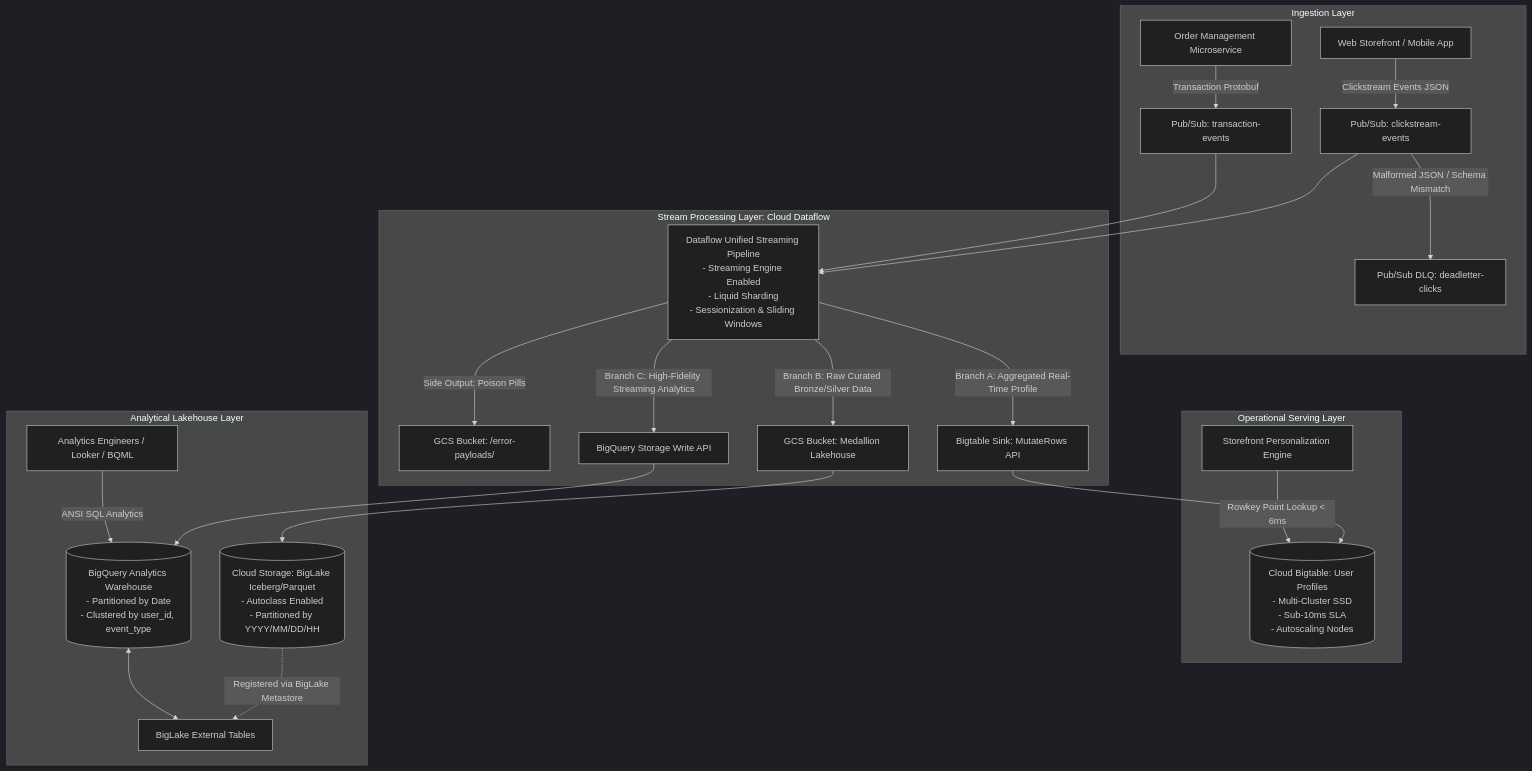
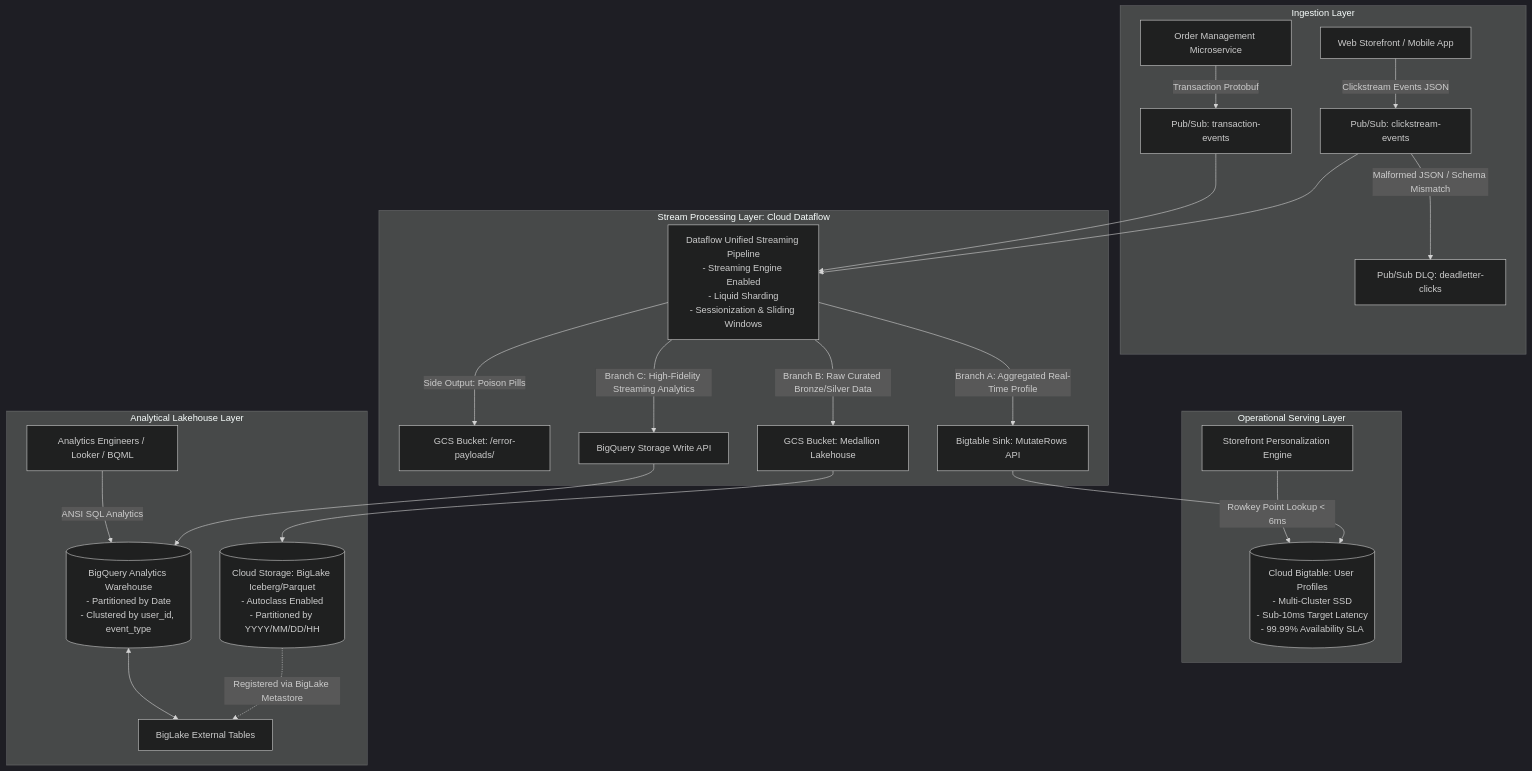
One commit to rohithvishaal/GCP_PDE_Notes changed the first of 3 diagrams in 06_phase5_case_studies/case_01_realtime_ecom_lakehouse.md. Above: the diagram before and after it, drawn with Mermaid (dark theme). The commit also changed other lines of this file and 15 other files, not shown here.

````diff
--- a/06_phase5_case_studies/case_01_realtime_ecom_lakehouse.md
+++ b/06_phase5_case_studies/case_01_realtime_ecom_lakehouse.md
@@ -12,33 +12,33 @@
 ```mermaid
 flowchart TD
     subgraph Ingestion Layer
         Web[Web Storefront / Mobile App] -->|Clickstream Events JSON| PS_Clicks[Pub/Sub: clickstream-events]
         Orders[Order Management Microservice] -->|Transaction Protobuf| PS_Orders[Pub/Sub: transaction-events]
         PS_Clicks -->|Malformed JSON / Schema Mismatch| DLQ_Clicks[Pub/Sub DLQ: deadletter-clicks]
     end
 
     subgraph Stream Processing Layer: Cloud Dataflow
         PS_Clicks --> Beam[Dataflow Unified Streaming Pipeline<br/>- Streaming Engine Enabled<br/>- Liquid Sharding<br/>- Sessionization & Sliding Windows]
         PS_Orders --> Beam
         
         Beam -->|Side Output: Poison Pills| GCS_Error[GCS Bucket: /error-payloads/]
         Beam -->|Branch A: Aggregated Real-Time Profile| BT_Sink[Bigtable Sink: MutateRows API]
         Beam -->|Branch B: Raw Curated Bronze/Silver Data| GCS_Sink[GCS Bucket: Medallion Lakehouse]
         Beam -->|Branch C: High-Fidelity Streaming Analytics| BQ_Sink[BigQuery Storage Write API]
     end
 
     subgraph Operational Serving Layer
-        BT_Sink --> Bigtable[(Cloud Bigtable: User Profiles<br/>- Multi-Cluster SSD<br/>- Sub-10ms SLA<br/>- Autoscaling Nodes)]
+        BT_Sink --> Bigtable[(Cloud Bigtable: User Profiles<br/>- Multi-Cluster SSD<br/>- Sub-10ms Target Latency<br/>- 99.99% Availability SLA)]
         FrontEndAPI[Storefront Personalization Engine] -->|Rowkey Point Lookup < 6ms| Bigtable
     end
 
     subgraph Analytical Lakehouse Layer
         GCS_Sink --> GCS_Storage[(Cloud Storage: BigLake Iceberg/Parquet<br/>- Autoclass Enabled<br/>- Partitioned by YYYY/MM/DD/HH)]
         BQ_Sink --> BQ_Warehouse[(BigQuery Analytics Warehouse<br/>- Partitioned by Date<br/>- Clustered by user_id, event_type)]
         
         GCS_Storage -.Registered via BigLake Metastore.-> BQ_BigLake[BigLake External Tables]
         BQ_Warehouse <--> BQ_BigLake
         
         BI_Users[Analytics Engineers / Looker / BQML] -->|ANSI SQL Analytics| BQ_Warehouse
     end
 ```
````
